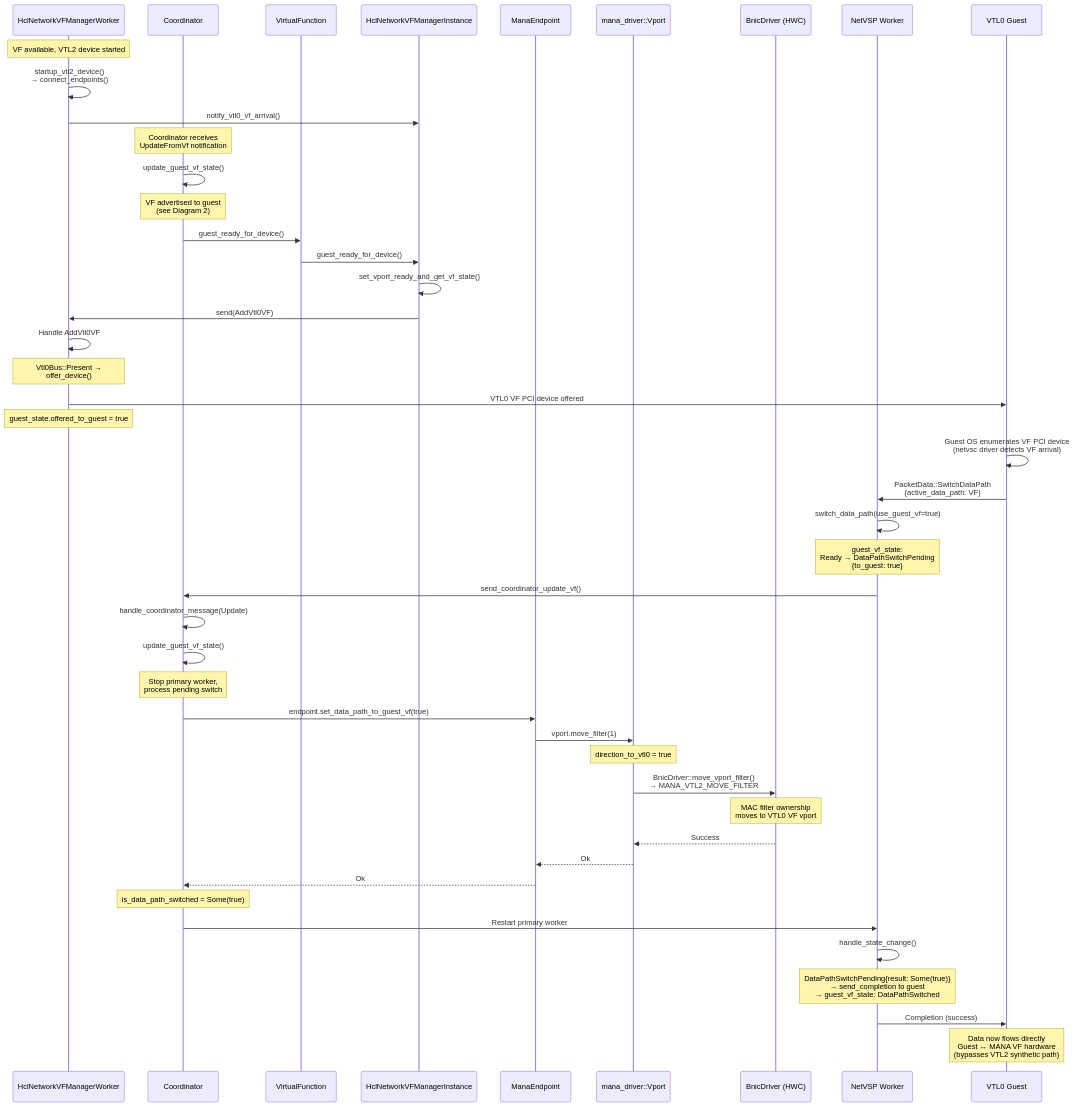
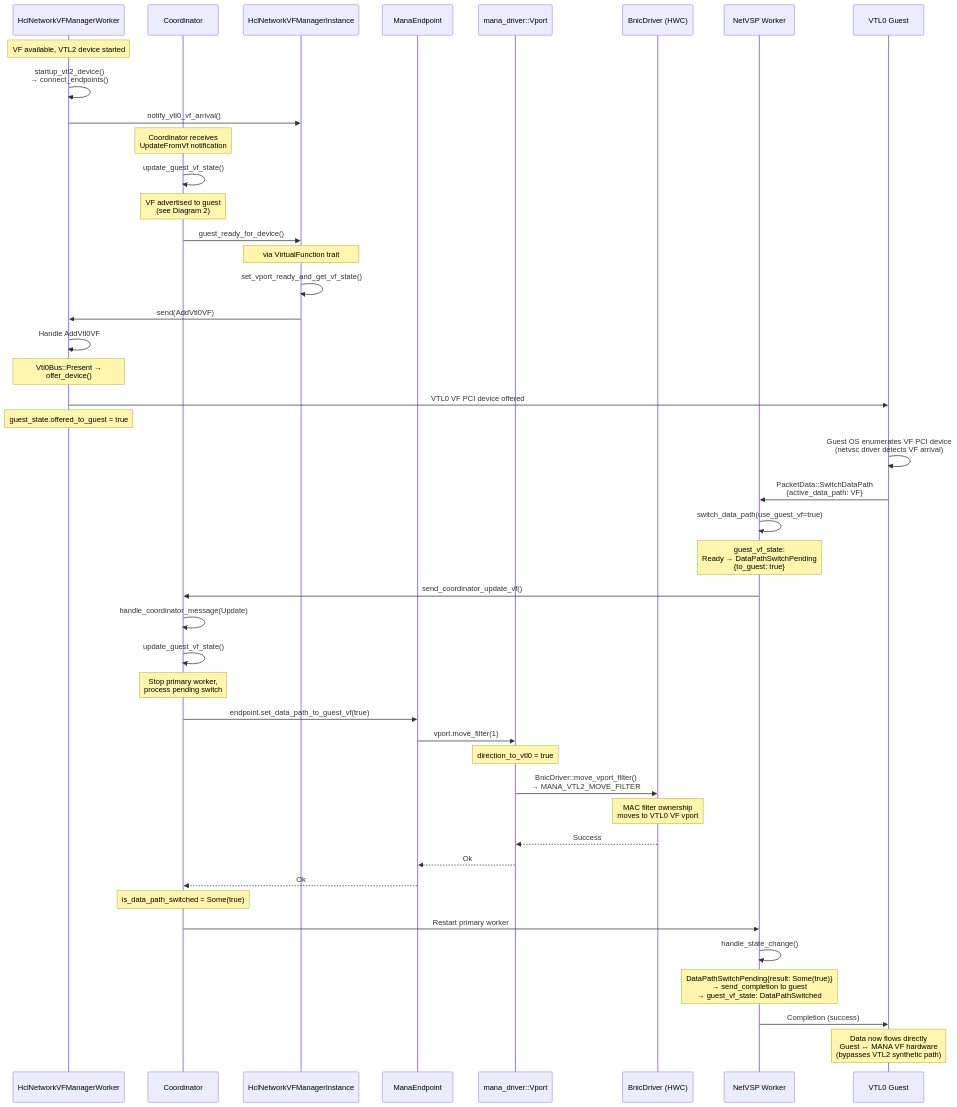
The third of 6 diagrams in Guide/src/dev_guide/netvsp_mana_lifecycle_diagrams.md (ben-zen/openvmm), drawn with Mermaid before and after one commit. The commit also changed other lines of this file, not shown here.

````diff
--- a/Guide/src/dev_guide/netvsp_mana_lifecycle_diagrams.md
+++ b/Guide/src/dev_guide/netvsp_mana_lifecycle_diagrams.md
@@ -128,62 +200,61 @@
 ```mermaid
 sequenceDiagram
     participant VFMgrWkr as HclNetworkVFManagerWorker
     participant Coord as Coordinator
-    participant VFTrait as VirtualFunction
     participant VFMgrInst as HclNetworkVFManagerInstance
     participant ManaEP as ManaEndpoint
     participant Vport as mana_driver::Vport
     participant BNIC as BnicDriver (HWC)
     
     participant NetVSP as NetVSP Worker
     participant Guest as VTL0 Guest
 
     Note over VFMgrWkr: VF available, VTL2 device started
     VFMgrWkr->>VFMgrWkr: startup_vtl2_device()<br/>→ connect_endpoints()
     VFMgrWkr->>VFMgrInst: notify_vtl0_vf_arrival()
 
     Note over Coord: Coordinator receives<br/>UpdateFromVf notification
     Coord->>Coord: update_guest_vf_state()
 
     Note over Coord: VF advertised to guest<br/>(see Diagram 2)
 
-    Coord->>VFTrait: guest_ready_for_device()
-    VFTrait->>VFMgrInst: guest_ready_for_device()
+    Coord->>VFMgrInst: guest_ready_for_device()
+    Note over VFMgrInst: via VirtualFunction trait
     VFMgrInst->>VFMgrInst: set_vport_ready_and_get_vf_state()
     VFMgrInst->>VFMgrWkr: send(AddVtl0VF)
 
     VFMgrWkr->>VFMgrWkr: Handle AddVtl0VF
     Note over VFMgrWkr: Vtl0Bus::Present →<br/>offer_device()
     VFMgrWkr->>Guest: VTL0 VF PCI device offered
     Note over VFMgrWkr: guest_state.offered_to_guest = true
 
     Guest->>Guest: Guest OS enumerates VF PCI device<br/>(netvsc driver detects VF arrival)
 
     Guest->>NetVSP: PacketData::SwitchDataPath<br/>{active_data_path: VF}
     NetVSP->>NetVSP: switch_data_path(use_guest_vf=true)
     Note over NetVSP: guest_vf_state:<br/>Ready → DataPathSwitchPending<br/>{to_guest: true}
     NetVSP->>Coord: send_coordinator_update_vf()
 
     Coord->>Coord: handle_coordinator_message(Update)
     Coord->>Coord: update_guest_vf_state()
 
     Note over Coord: Stop primary worker,<br/>process pending switch
     Coord->>ManaEP: endpoint.set_data_path_to_guest_vf(true)
     ManaEP->>Vport: vport.move_filter(1)
     Note over Vport: direction_to_vtl0 = true
     Vport->>BNIC: BnicDriver::move_vport_filter()<br/>→ MANA_VTL2_MOVE_FILTER
     Note over BNIC: MAC filter ownership<br/>moves to VTL0 VF vport
 
     BNIC-->>Vport: Success
     Vport-->>ManaEP: Ok
     ManaEP-->>Coord: Ok
     Note over Coord: is_data_path_switched = Some(true)
 
     Coord->>NetVSP: Restart primary worker
     NetVSP->>NetVSP: handle_state_change()
     Note over NetVSP: DataPathSwitchPending{result: Some(true)}<br/>→ send_completion to guest<br/>→ guest_vf_state: DataPathSwitched
 
     NetVSP->>Guest: Completion (success)
 
     Note over Guest: Data now flows directly<br/>Guest ↔ MANA VF hardware<br/>(bypasses VTL2 synthetic path)
 ```
````
